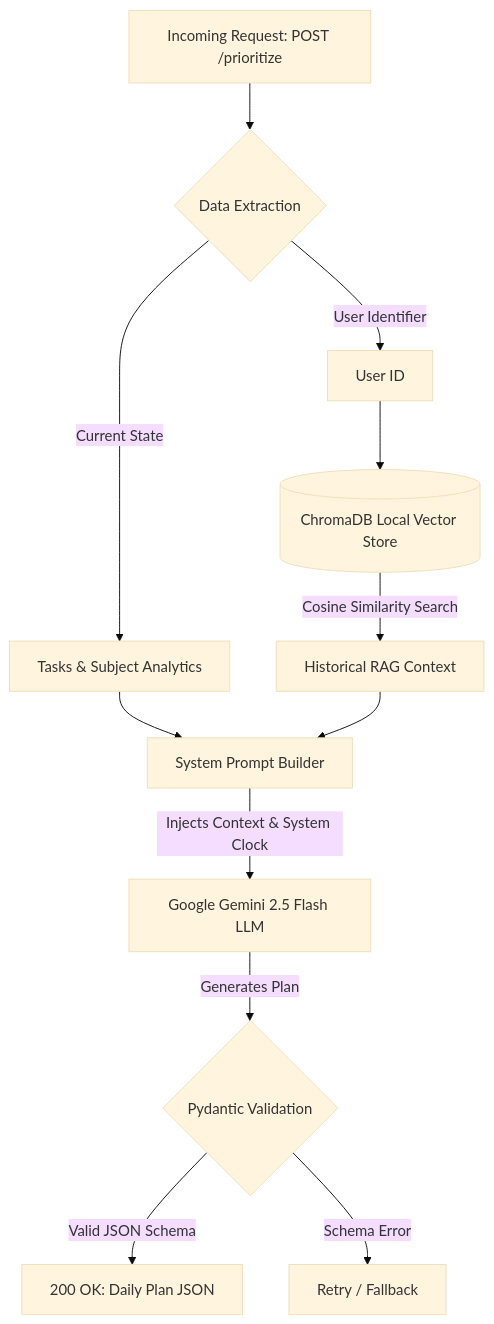
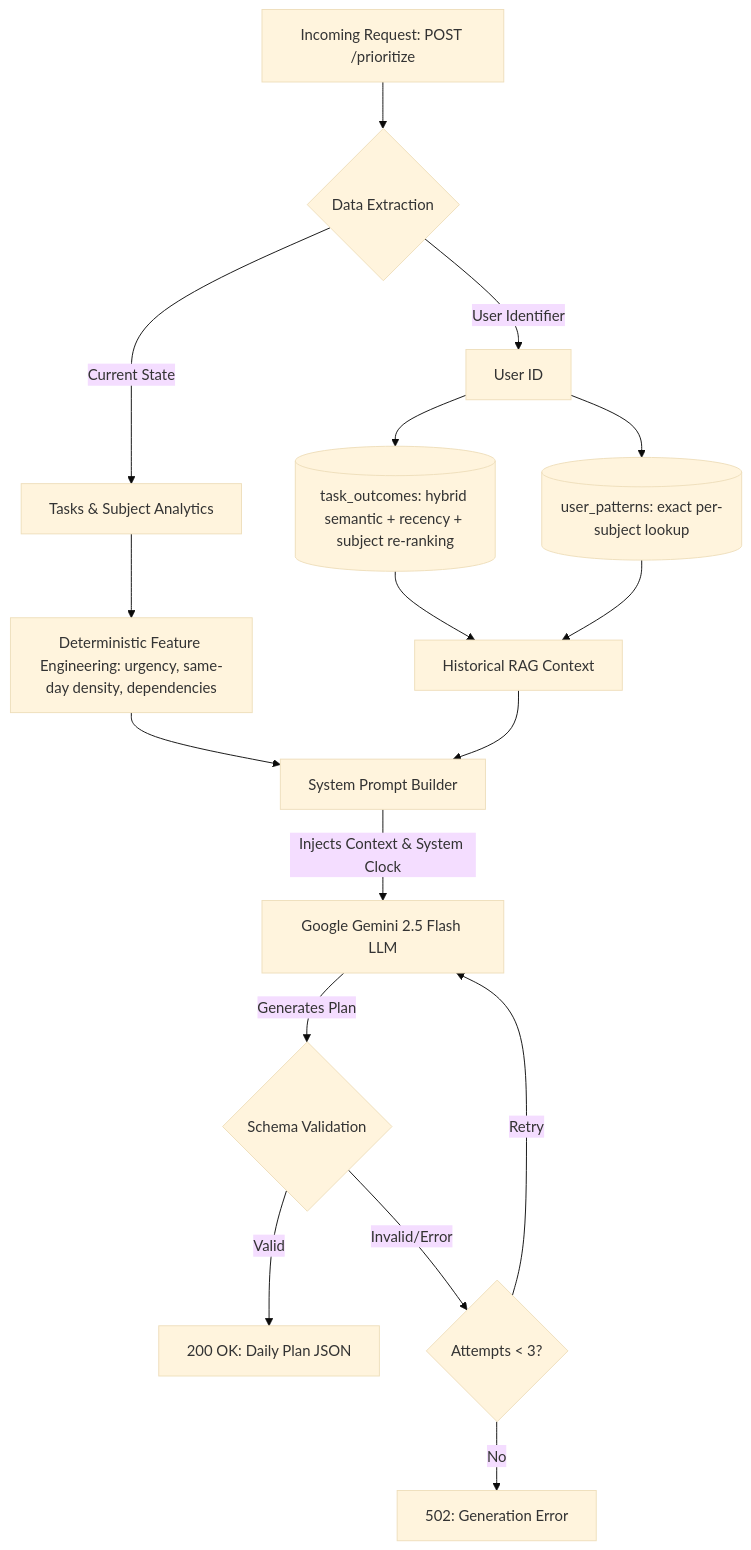
The second of 2 diagrams in README.md (redcheckapp/smartcheck-ai-engine), drawn with Mermaid (base theme) before and after one commit. The commit also changed other lines of this file and 10 other files, not shown here.

````diff
--- a/README.md
+++ b/README.md
@@ -37,18 +40,23 @@
 ```mermaid
 flowchart TD
     A[Incoming Request: POST /prioritize] --> B{Data Extraction}
     B -->|Current State| C[Tasks & Subject Analytics]
     B -->|User Identifier| D[User ID]
-    
-    D --> E[(ChromaDB Local Vector Store)]
-    E -- Cosine Similarity Search --> F[Historical RAG Context]
-    
-    C --> G[System Prompt Builder]
+
+    D --> E[(task_outcomes: hybrid semantic + recency + subject re-ranking)]
+    D --> E2[(user_patterns: exact per-subject lookup)]
+    E --> F[Historical RAG Context]
+    E2 --> F
+
+    C --> FE[Deterministic Feature Engineering: urgency, same-day density, dependencies]
+    FE --> G[System Prompt Builder]
     F --> G
-    
+
     G -- Injects Context & System Clock --> H[Google Gemini 2.5 Flash LLM]
-    H -- Generates Plan --> I{Pydantic Validation}
-    
-    I -- Valid JSON Schema --> J[200 OK: Daily Plan JSON]
-    I -- Schema Error --> K[Retry / Fallback]
+    H -- Generates Plan --> I{Schema Validation}
+
+    I -- Valid --> J[200 OK: Daily Plan JSON]
+    I -- Invalid/Error --> K{Attempts < 3?}
+    K -- Retry --> H
+    K -- No --> L[502: Generation Error]
 ```
````
